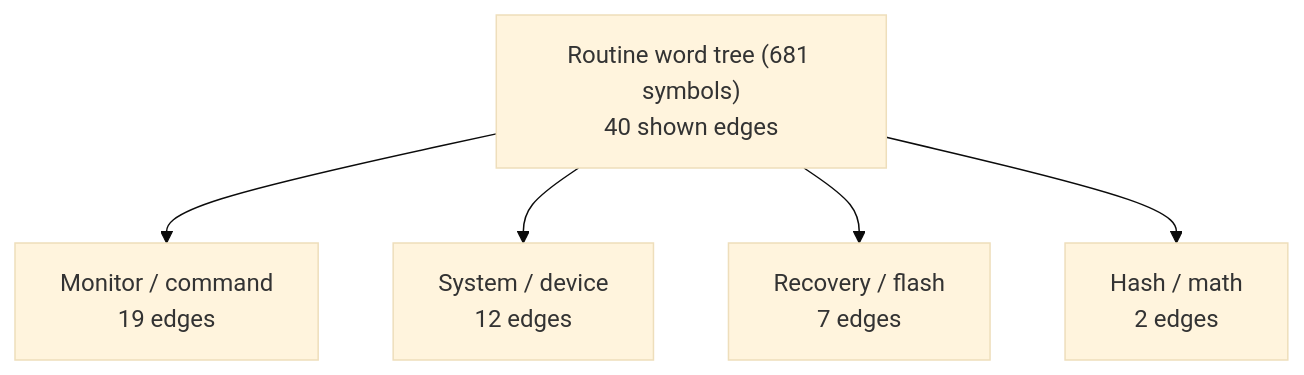
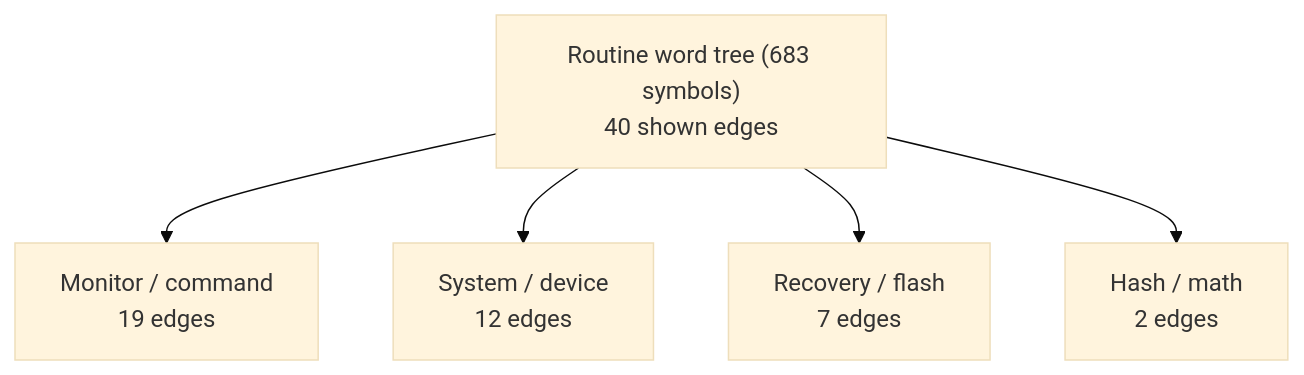
Before and after one commit to 95westus/R-YORS: the first of 6 diagrams in DOC/GENERATED/ROUTINE_WORD_TREE.md, drawn with Mermaid (base theme). The commit also changed other lines of this file and 19 other files, not shown here.

````diff
--- a/DOC/GENERATED/ROUTINE_WORD_TREE.md
+++ b/DOC/GENERATED/ROUTINE_WORD_TREE.md
@@ -16,7 +16,7 @@
 ```mermaid
 flowchart TD
-    MAP_ROOT_ROUTINE_WORD_TREE__681_SYMBOLS_["Routine word tree (681 symbols)<br/>40 shown edges"] --> MAP_FAMILY_MONITOR___COMMAND["Monitor / command<br/>19 edges"]
-    MAP_ROOT_ROUTINE_WORD_TREE__681_SYMBOLS_["Routine word tree (681 symbols)<br/>40 shown edges"] --> MAP_FAMILY_SYSTEM___DEVICE["System / device<br/>12 edges"]
-    MAP_ROOT_ROUTINE_WORD_TREE__681_SYMBOLS_["Routine word tree (681 symbols)<br/>40 shown edges"] --> MAP_FAMILY_RECOVERY___FLASH["Recovery / flash<br/>7 edges"]
-    MAP_ROOT_ROUTINE_WORD_TREE__681_SYMBOLS_["Routine word tree (681 symbols)<br/>40 shown edges"] --> MAP_FAMILY_HASH___MATH["Hash / math<br/>2 edges"]
+    MAP_ROOT_ROUTINE_WORD_TREE__683_SYMBOLS_["Routine word tree (683 symbols)<br/>40 shown edges"] --> MAP_FAMILY_MONITOR___COMMAND["Monitor / command<br/>19 edges"]
+    MAP_ROOT_ROUTINE_WORD_TREE__683_SYMBOLS_["Routine word tree (683 symbols)<br/>40 shown edges"] --> MAP_FAMILY_SYSTEM___DEVICE["System / device<br/>12 edges"]
+    MAP_ROOT_ROUTINE_WORD_TREE__683_SYMBOLS_["Routine word tree (683 symbols)<br/>40 shown edges"] --> MAP_FAMILY_RECOVERY___FLASH["Recovery / flash<br/>7 edges"]
+    MAP_ROOT_ROUTINE_WORD_TREE__683_SYMBOLS_["Routine word tree (683 symbols)<br/>40 shown edges"] --> MAP_FAMILY_HASH___MATH["Hash / math<br/>2 edges"]
 ```
````
